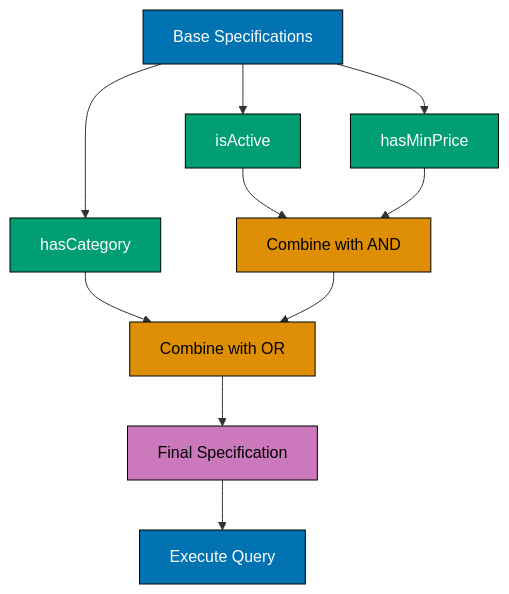
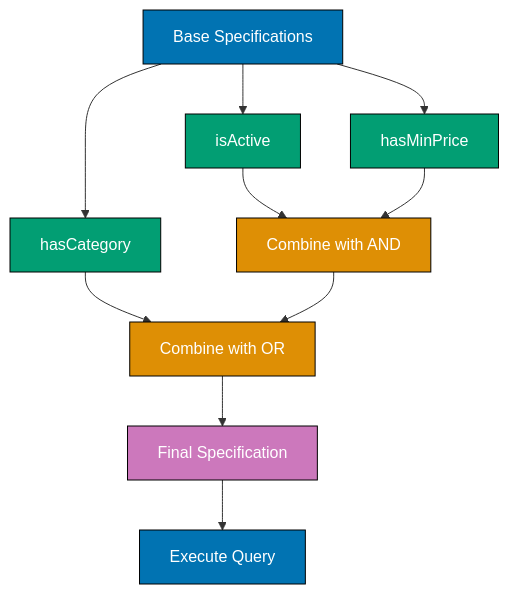
Before and after one commit to wahidyankf/open-sharia-enterprise: the first of 10 diagrams in apps/ayokoding-web/content/en/learn/software-engineering/data/tools/spring-data-jpa/by-example/advanced.md, drawn with Mermaid. The commit also changed other lines of this file and 61 other files, not shown here.

First line of the commit message:
fix(ayokoding-web): quote Mermaid node labels with special characters in Example 63

````diff
--- a/apps/ayokoding-web/content/en/learn/software-engineering/data/tools/spring-data-jpa/by-example/advanced.md
+++ b/apps/ayokoding-web/content/en/learn/software-engineering/data/tools/spring-data-jpa/by-example/advanced.md
@@ -79,22 +79,22 @@
 ```mermaid
 %% Specification composition flow
 graph TD
     A[Base Specifications] --> B[isActive]
     A --> C[hasMinPrice]
     A --> D[hasCategory]
     B --> E[Combine with AND]
     C --> E
     D --> F[Combine with OR]
     E --> F
     F --> G[Final Specification]
     G --> H[Execute Query]
 
     style A fill:#0173B2,stroke:#000,color:#fff
     style B fill:#029E73,stroke:#000,color:#fff
     style C fill:#029E73,stroke:#000,color:#fff
     style D fill:#029E73,stroke:#000,color:#fff
-    style E fill:#DE8F05,stroke:#000,color:#000
-    style F fill:#DE8F05,stroke:#000,color:#000
-    style G fill:#CC78BC,stroke:#000,color:#000
+    style E fill:#DE8F05,stroke:#000,color:#fff
+    style F fill:#DE8F05,stroke:#000,color:#fff
+    style G fill:#CC78BC,stroke:#000,color:#fff
     style H fill:#0173B2,stroke:#000,color:#fff
 ```
````
